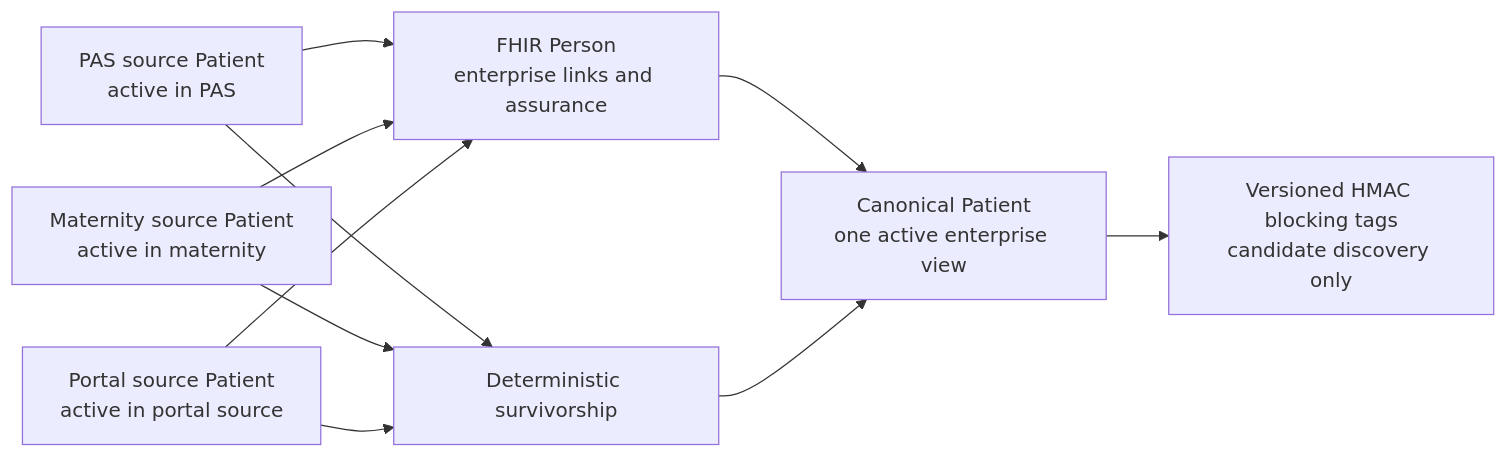
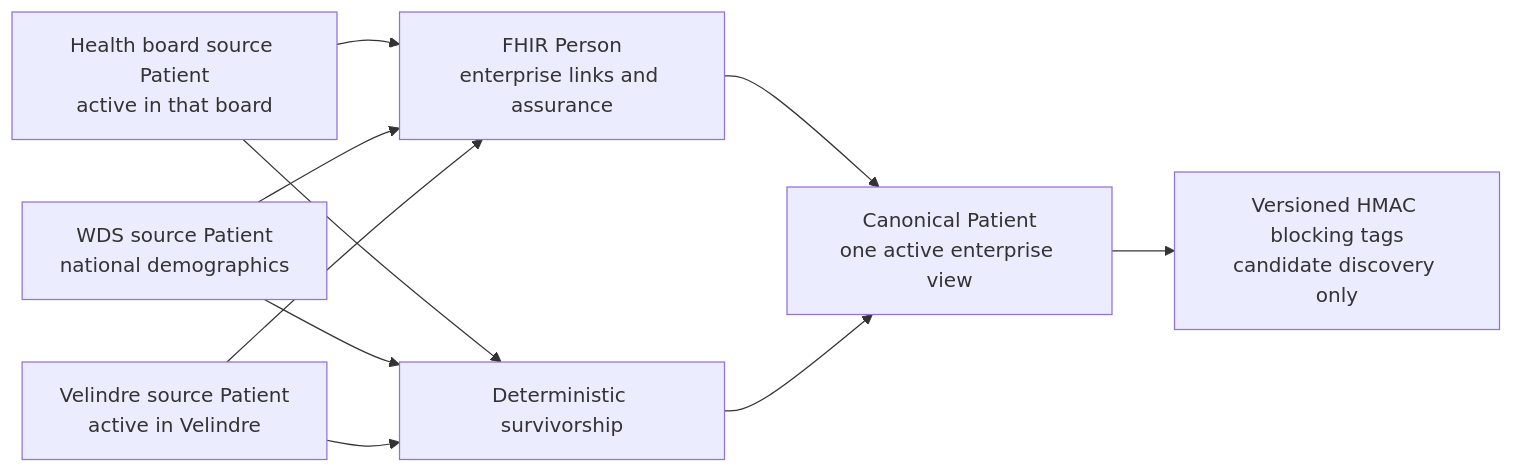
Before and after one commit to Lumbridge/FhirMpi: the diagram in docs/concepts-and-faq.md, drawn with Mermaid. The commit also changed other lines of this file and 10 other files, not shown here.

````diff
--- a/docs/concepts-and-faq.md
+++ b/docs/concepts-and-faq.md
@@ -31,12 +31,12 @@
 ```mermaid
 flowchart LR
-    PAS["PAS source Patient<br/>active in PAS"] --> PERSON["FHIR Person<br/>enterprise links and assurance"]
-    MAT["Maternity source Patient<br/>active in maternity"] --> PERSON
-    PORTAL["Portal source Patient<br/>active in portal source"] --> PERSON
+    HB1["Health board source Patient<br/>active in that board"] --> PERSON["FHIR Person<br/>enterprise links and assurance"]
+    WDS["WDS source Patient<br/>national demographics"] --> PERSON
+    VEL["Velindre source Patient<br/>active in Velindre"] --> PERSON
     PERSON --> CANONICAL["Canonical Patient<br/>one active enterprise view"]
-    PAS --> SURVIVE["Deterministic survivorship"]
-    MAT --> SURVIVE
-    PORTAL --> SURVIVE
+    HB1 --> SURVIVE["Deterministic survivorship"]
+    WDS --> SURVIVE
+    VEL --> SURVIVE
     SURVIVE --> CANONICAL
     CANONICAL --> TAGS["Versioned HMAC blocking tags<br/>candidate discovery only"]
 ```
````
